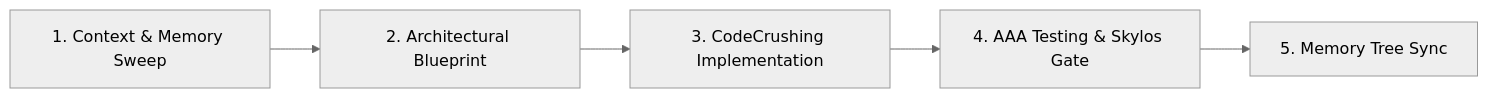
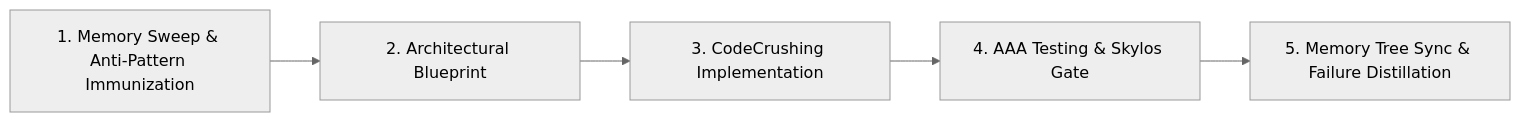
The diagram in .agents/rules/openhuman.md (Myselfnandha/ZeroGravity), drawn with Mermaid (neutral theme) before and after one commit. The commit also changed other lines of this file and 10 other files, not shown here.

Commit message:
feat(learn): 2-Way Mistake Immunization & Self-Learning Engine with Anti-Patterns matrix and zg learn CLI

````diff
--- a/.agents/rules/openhuman.md
+++ b/.agents/rules/openhuman.md
@@ -9,7 +9,7 @@
 ```mermaid
 flowchart LR
-    S1[1. Context & Memory Sweep] --> S2[2. Architectural Blueprint]
+    S1[1. Memory Sweep & Anti-Pattern Immunization] --> S2[2. Architectural Blueprint]
     S2 --> S3[3. CodeCrushing Implementation]
     S3 --> S4[4. AAA Testing & Skylos Gate]
-    S4 --> S5[5. Memory Tree Sync]
+    S4 --> S5[5. Memory Tree Sync & Failure Distillation]
 ```
````
